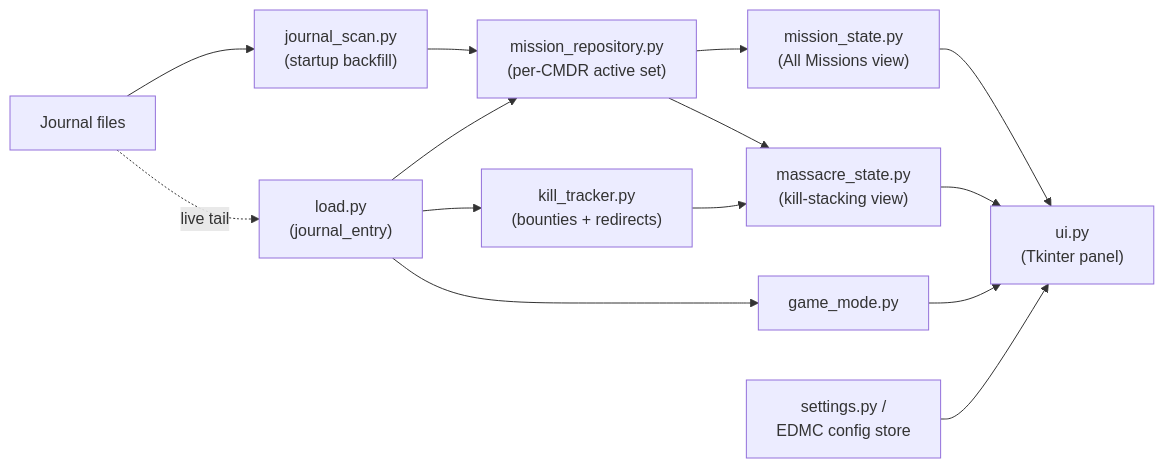
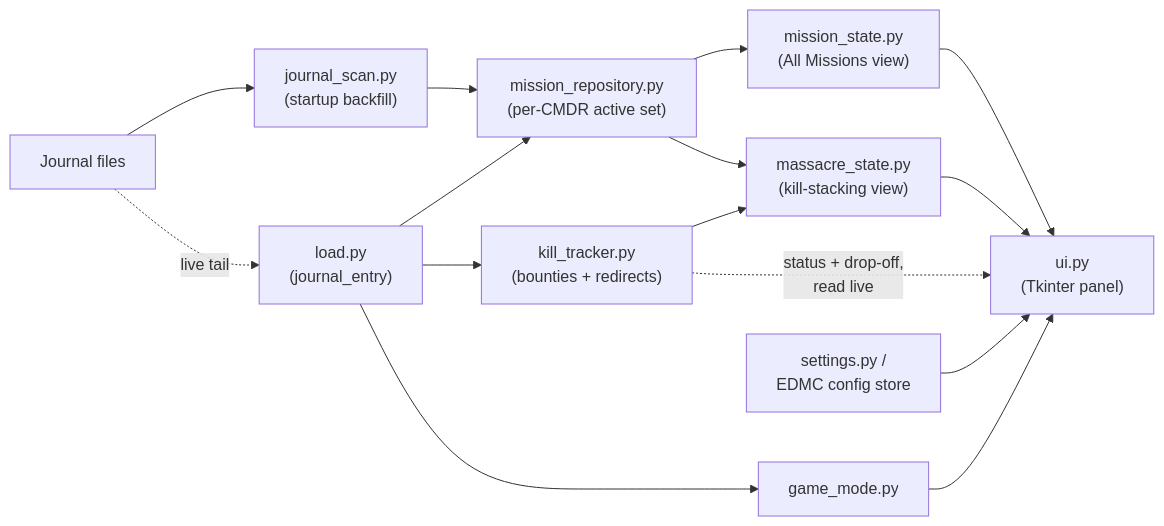
The diagram in TECHNICAL_SPEC.md (rwharpernc/EDMMM), drawn with Mermaid before and after one commit. The commit also changed other lines of this file and 9 other files, not shown here.

First line of the commit message:
Give mission cards a status/drop-off line and fix name wrapping (v0.3.0)

````diff
--- a/TECHNICAL_SPEC.md
+++ b/TECHNICAL_SPEC.md
@@ -144,16 +149,17 @@
 ```mermaid
 flowchart LR
     JF[Journal files] --> JS["journal_scan.py<br/>(startup backfill)"]
     JF -.live tail.-> LE["load.py<br/>(journal_entry)"]
     JS --> MR["mission_repository.py<br/>(per-CMDR active set)"]
     LE --> MR
     LE --> KT["kill_tracker.py<br/>(bounties + redirects)"]
     LE --> GM["game_mode.py"]
     MR --> MS["mission_state.py<br/>(All Missions view)"]
     MR --> MC["massacre_state.py<br/>(kill-stacking view)"]
     KT --> MC
-    MS --> UI["ui.py<br/>(Tkinter panel)"]
+    KT -."status + drop-off,<br/>read live".-> UI["ui.py<br/>(Tkinter panel)"]
+    MS --> UI
     MC --> UI
     GM --> UI
     CFG["settings.py /<br/>EDMC config store"] --> UI
 ```
````
